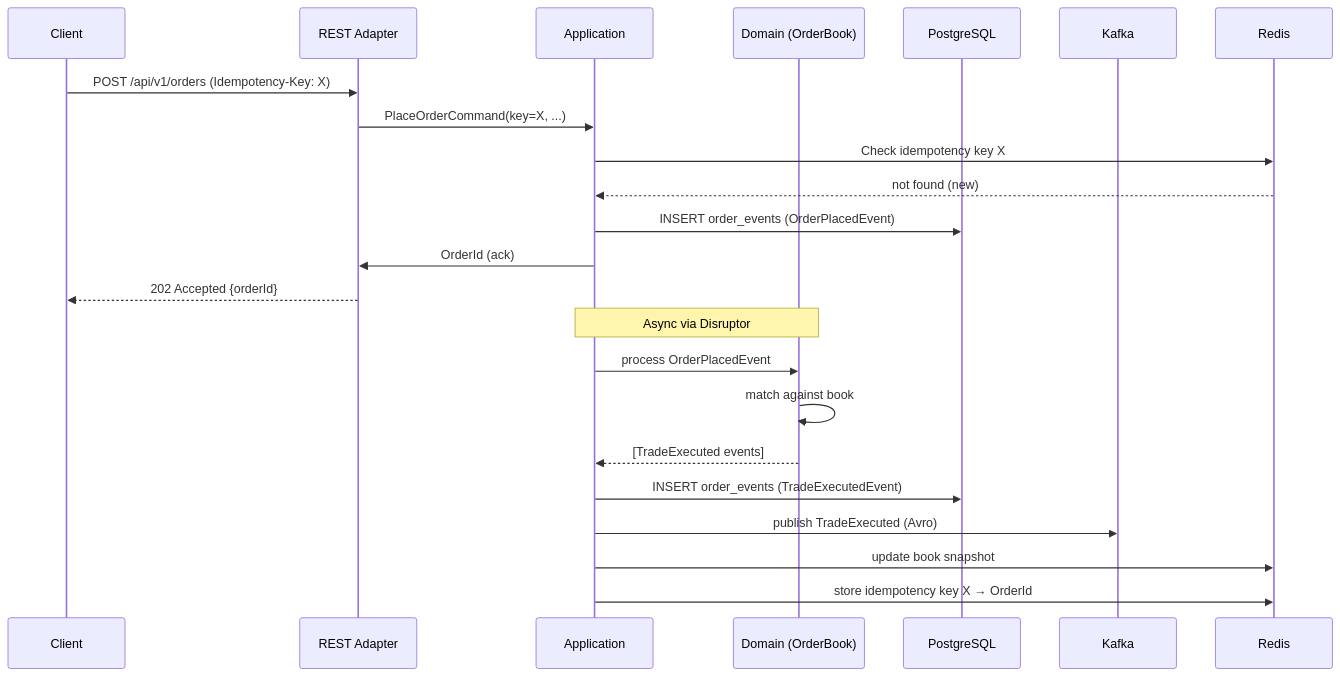
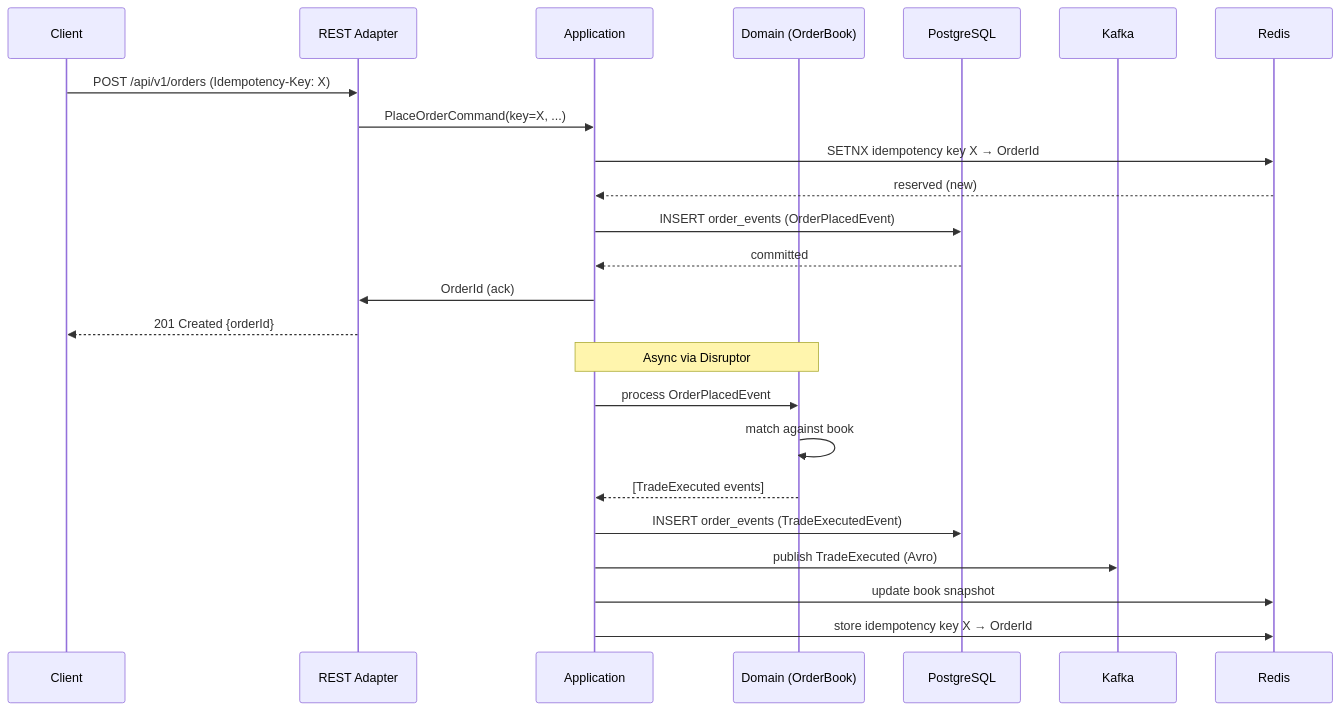
The diagram in ARCHITECTURE.md (rodrigoscharp/Matching-Engine-de-Ordens), drawn with Mermaid before and after one commit. The commit also changed other lines of this file, not shown here.

````diff
--- a/ARCHITECTURE.md
+++ b/ARCHITECTURE.md
@@ -94,28 +110,29 @@
 ```mermaid
 sequenceDiagram
     participant C as Client
     participant R as REST Adapter
     participant A as Application
     participant D as Domain (OrderBook)
     participant DB as PostgreSQL
     participant K as Kafka
     participant RC as Redis
 
     C->>R: POST /api/v1/orders (Idempotency-Key: X)
     R->>A: PlaceOrderCommand(key=X, ...)
-    A->>RC: Check idempotency key X
-    RC-->>A: not found (new)
+    A->>RC: SETNX idempotency key X → OrderId
+    RC-->>A: reserved (new)
     A->>DB: INSERT order_events (OrderPlacedEvent)
+    DB-->>A: committed
     A->>R: OrderId (ack)
-    R-->>C: 202 Accepted {orderId}
+    R-->>C: 201 Created {orderId}
 
     Note over A,D: Async via Disruptor
 
     A->>D: process OrderPlacedEvent
     D->>D: match against book
     D-->>A: [TradeExecuted events]
     A->>DB: INSERT order_events (TradeExecutedEvent)
     A->>K: publish TradeExecuted (Avro)
     A->>RC: update book snapshot
     A->>RC: store idempotency key X → OrderId
 ```
````
